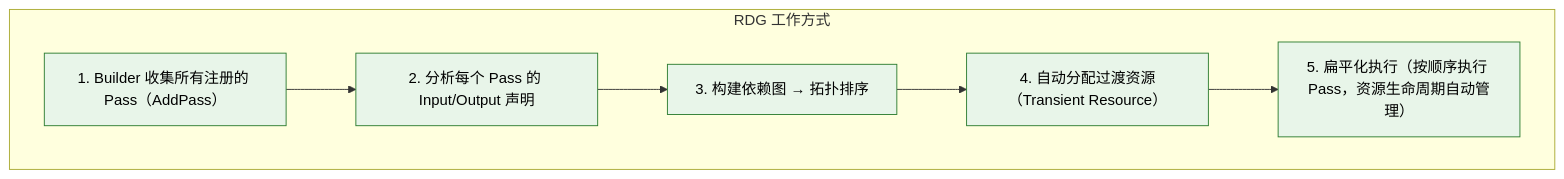
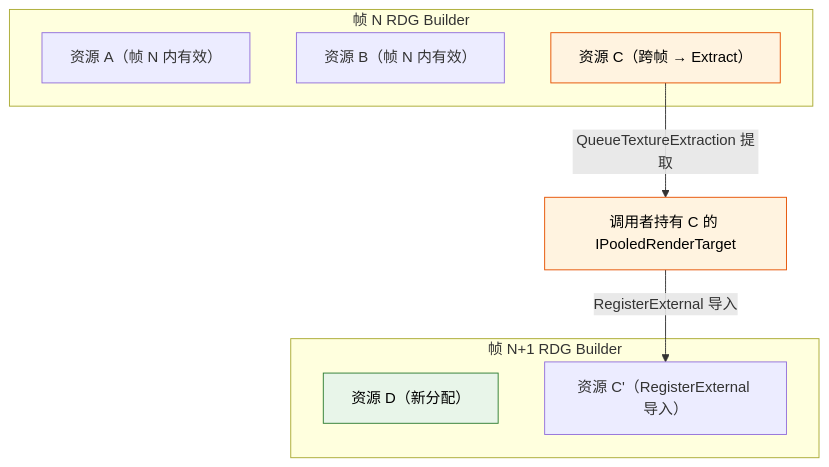
Before and after one commit to MotionlessPeri/agent_coding_guidelines: the sixth of 7 diagrams in references/ue-rendering/card-01-pipeline-overview.md, drawn with Mermaid. The commit also changed other lines of this file and 8 other files, not shown here.

````diff
--- a/references/ue-rendering/card-01-pipeline-overview.md
+++ b/references/ue-rendering/card-01-pipeline-overview.md
@@ -305,14 +361,18 @@
 ```mermaid
 flowchart TB
-    subgraph Step["RDG 工作方式"]
-        A["1. Builder 收集所有注册的 Pass（AddPass）"]
-        B["2. 分析每个 Pass 的 Input/Output 声明"]
-        C["3. 构建依赖图 → 拓扑排序"]
-        D["4. 自动分配过渡资源（Transient Resource）"]
-        E["5. 扁平化执行（按顺序执行 Pass，资源生命周期自动管理）"]
-        A --> B --> C --> D --> E
+    subgraph FN["帧 N RDG Builder"]
+        A["资源 A（帧 N 内有效）"]
+        B["资源 B（帧 N 内有效）"]
+        C["资源 C（跨帧 → Extract）"]
     end
-
-    classDef step fill:#e8f5e9,stroke:#2e7d32,color:#000
-    class A,B,C,D,E step
+    C -->|"QueueTextureExtraction 提取"| D["调用者持有 C 的 IPooledRenderTarget"]
+    subgraph FN1["帧 N+1 RDG Builder"]
+        E["资源 D（新分配）"]
+        F["资源 C'（RegisterExternal 导入）"]
+    end
+    D -->|"RegisterExternal 导入"| F
+    classDef extract fill:#fff3e0,stroke:#e65100,color:#000
+    class C,D extract
+    classDef fresh fill:#e8f5e9,stroke:#2e7d32,color:#000
+    class E fresh
 ```
````
